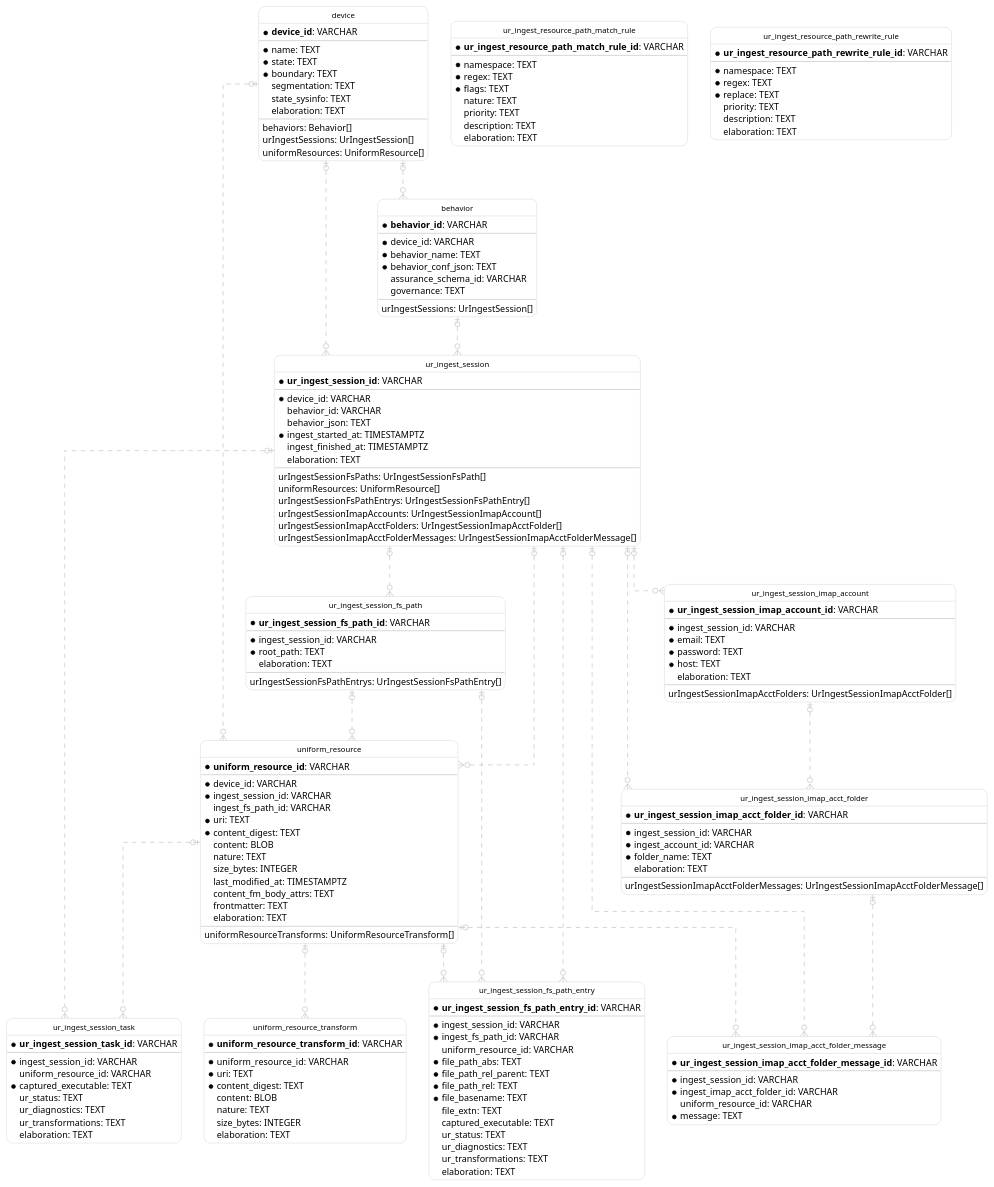
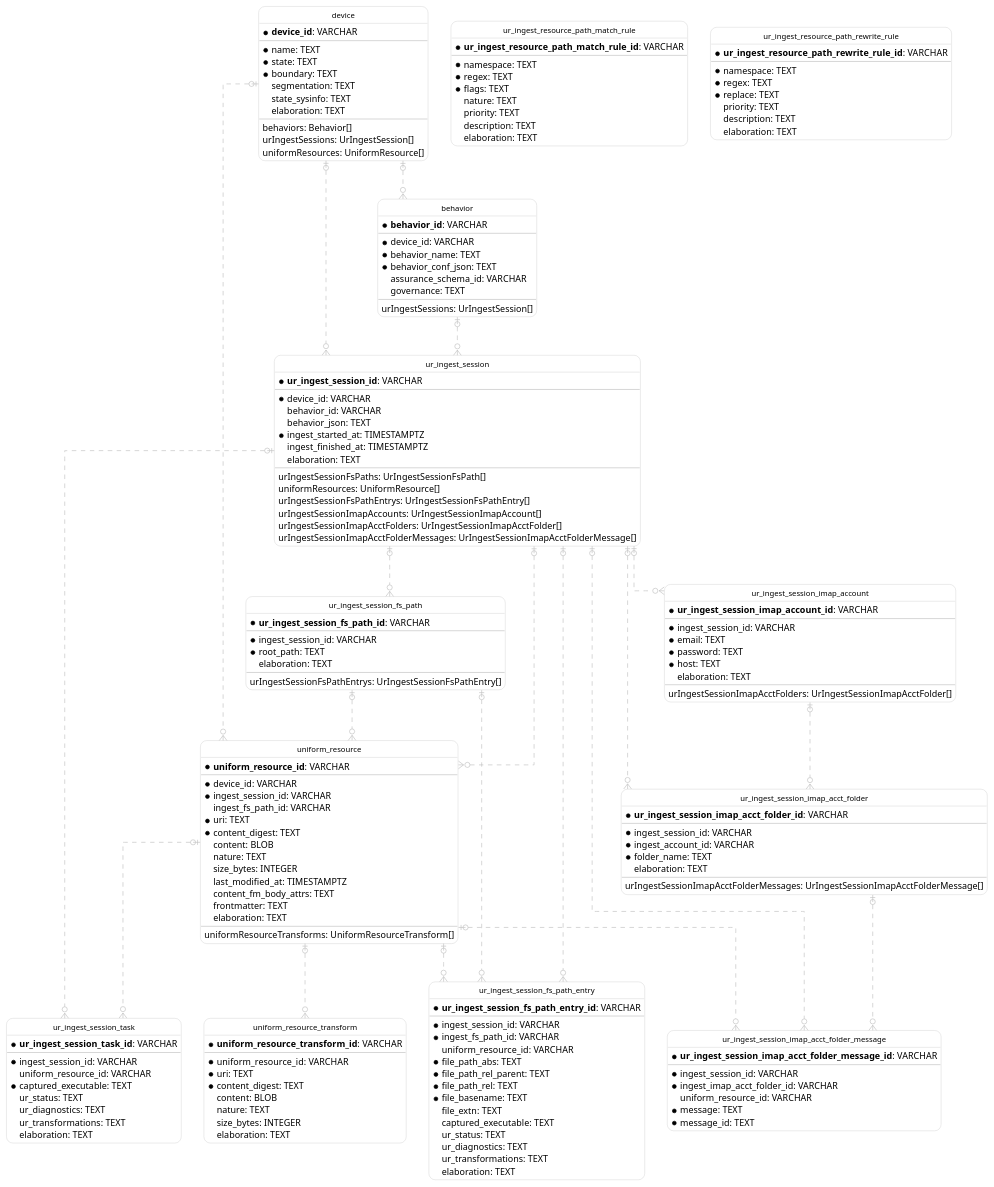
Before and after one commit to opsfolio/resource-surveillance: the diagram in support/docs/surveilr-state.auto.puml, drawn with PlantUML. The commit also changed 6 other files, not shown here.

```diff
--- a/support/docs/surveilr-state.auto.puml
+++ b/support/docs/surveilr-state.auto.puml
@@ -179,6 +179,7 @@
     * ingest_imap_acct_folder_id: VARCHAR
       uniform_resource_id: VARCHAR
     * message: TEXT
+    * message_id: TEXT
   }
 
   device |o..o{ behavior
```
